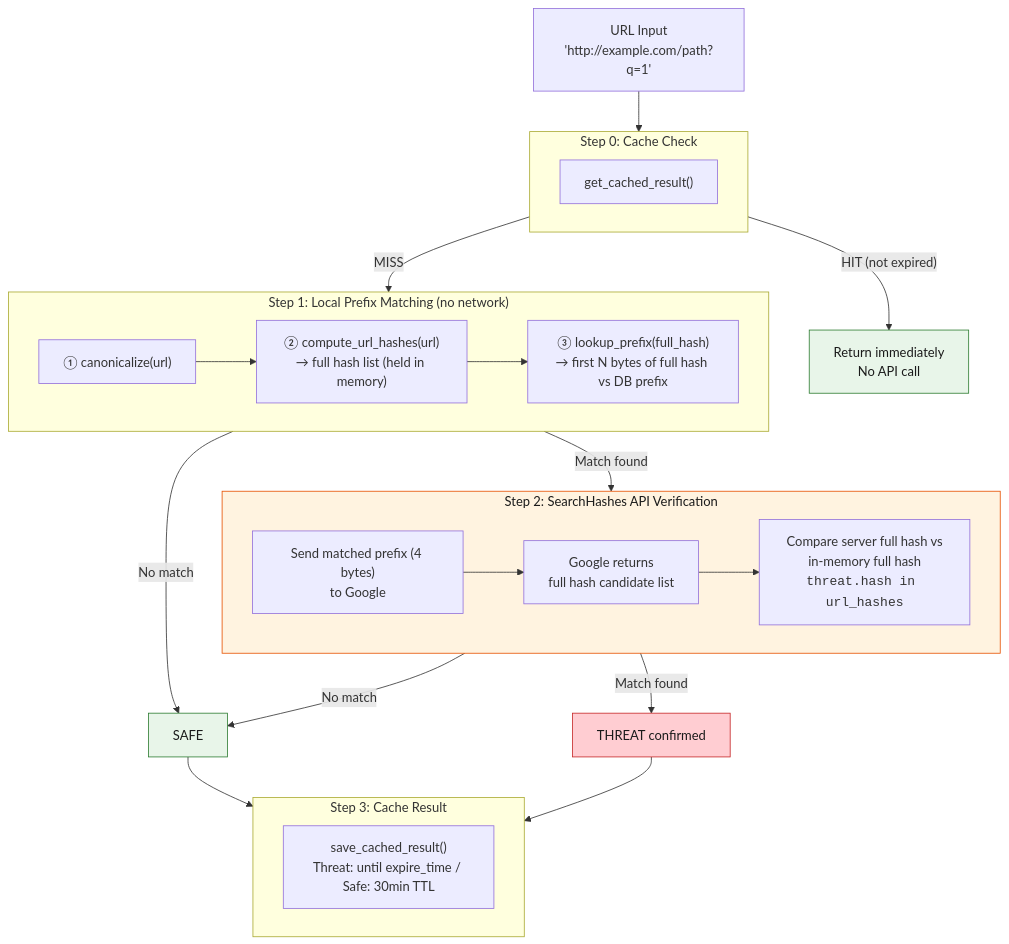
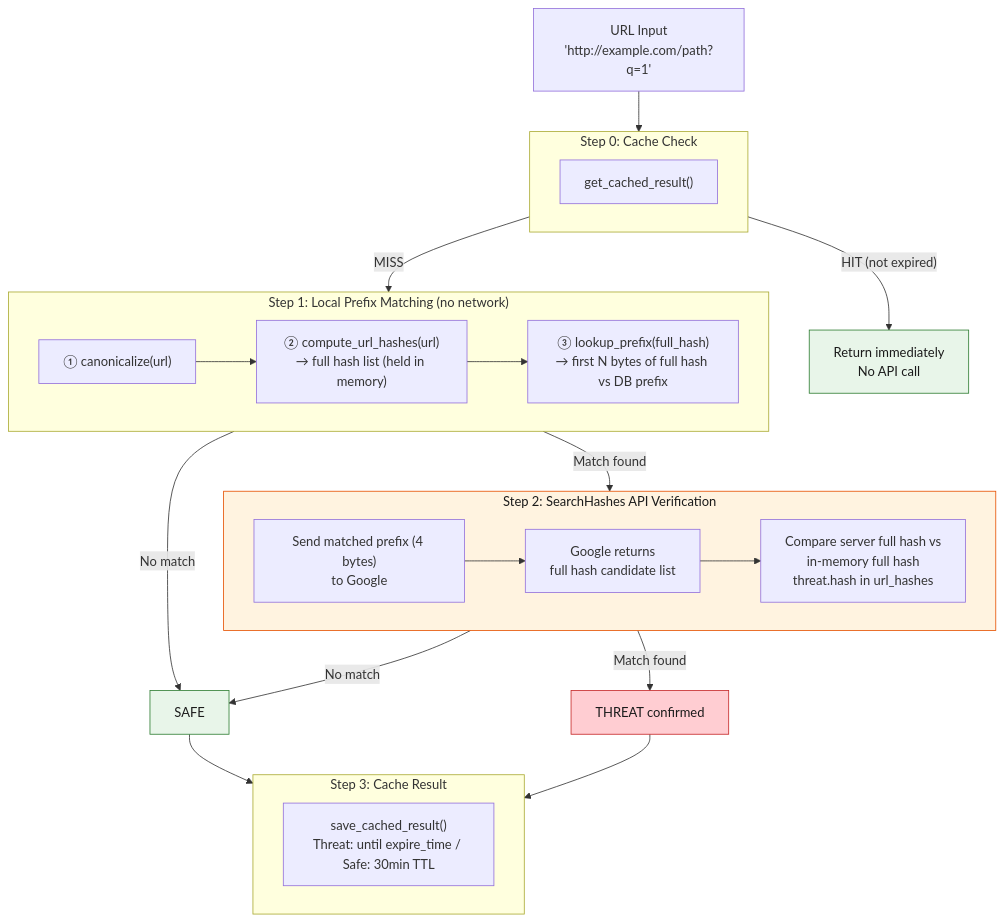
One commit to kataroya/web-risk-cli changed the third of 9 diagrams in WORKFLOW_GUIDE.md. Above: the diagram before and after it, drawn with Mermaid. The commit also changed other lines of this file, not shown here.

Commit message:
refactor: Improve flowchart readability by removing unnecessary HTML breaks in Workflow Guide

````diff
--- a/WORKFLOW_GUIDE.md
+++ b/WORKFLOW_GUIDE.md
@@ -252,39 +252,39 @@
 ```mermaid
 flowchart TD
     URL["URL Input<br/>'http://example.com/path?q=1'"] --> S0
 
     subgraph S0["Step 0: Cache Check"]
         S0A["get_cached_result()"]
     end
 
     S0 -->|"HIT (not expired)"| RETURN_CACHE["Return immediately<br/>No API call"]
     S0 -->|"MISS"| S1
 
     subgraph S1["Step 1: Local Prefix Matching (no network)"]
         S1A["① canonicalize(url)"] --> S1B["② compute_url_hashes(url)<br/>→ full hash list (held in memory)"]
         S1B --> S1C["③ lookup_prefix(full_hash)<br/>→ first N bytes of full hash vs DB prefix"]
     end
 
     S1 -->|"No match"| SAFE["SAFE"]
     S1 -->|"Match found"| S2
 
     subgraph S2["Step 2: SearchHashes API Verification"]
         S2A["Send matched prefix (4 bytes)<br/>to Google"] --> S2B["Google returns<br/>full hash candidate list"]
-        S2B --> S2C["Compare server full hash vs<br/>in-memory full hash<br/><code>threat.hash in url_hashes</code>"]
+        S2B --> S2C["Compare server full hash vs<br/>in-memory full hash<br/>threat.hash in url_hashes"]
     end
 
     S2 -->|"No match"| SAFE
     S2 -->|"Match found"| THREAT["THREAT confirmed"]
 
     SAFE --> S3
     THREAT --> S3
 
     subgraph S3["Step 3: Cache Result"]
         S3A["save_cached_result()<br/>Threat: until expire_time / Safe: 30min TTL"]
     end
 
     style RETURN_CACHE fill:#e8f5e9,stroke:#2e7d32,color:#1a1a1a
     style SAFE fill:#e8f5e9,stroke:#2e7d32,color:#1a1a1a
     style THREAT fill:#ffcdd2,stroke:#c62828,color:#1a1a1a
     style S2 fill:#fff3e0,stroke:#e65100,color:#1a1a1a
 ```
````
